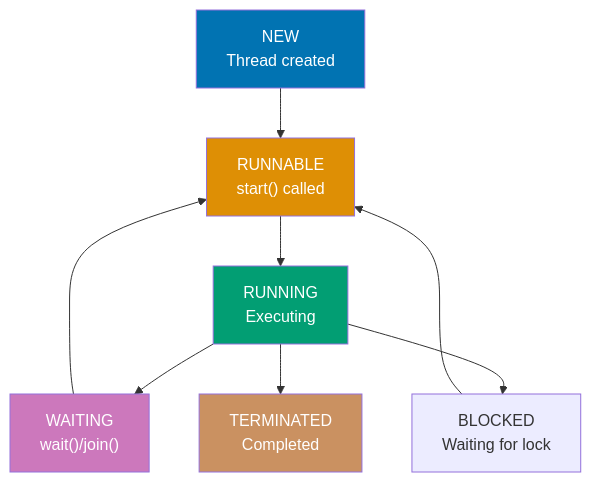
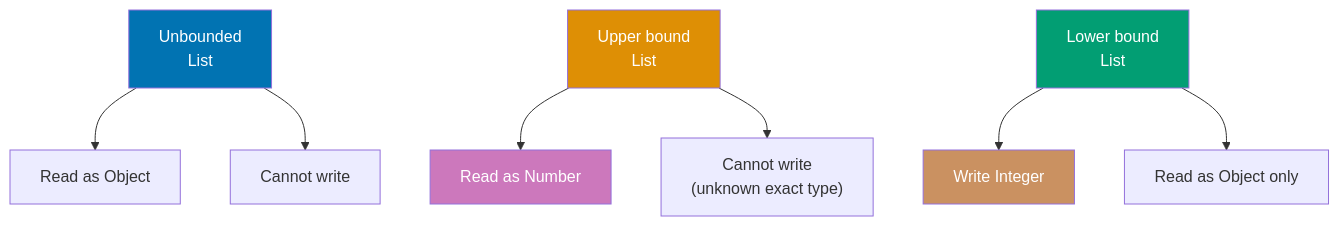
The fourth of 8 diagrams in apps/ayokoding-web/content/en/learn/software-engineering/programming-languages/java/tutorials/by-example/intermediate.md (wahidyankf/open-sharia-enterprise), drawn with Mermaid before and after one commit. The commit also changed other lines of this file and 14 other files, not shown here.

````diff
--- a/apps/ayokoding-web/content/en/learn/software-engineering/programming-languages/java/tutorials/by-example/intermediate.md
+++ b/apps/ayokoding-web/content/en/learn/software-engineering/programming-languages/java/tutorials/by-example/intermediate.md
@@ -2648,17 +584,18 @@
 ```mermaid
 %% Color Palette: Blue #0173B2, Orange #DE8F05, Teal #029E73, Purple #CC78BC, Brown #CA9161
 graph TD
-    New["NEW<br/>Thread created"] --> Runnable["RUNNABLE<br/>start() called"]
-    Runnable --> Running["RUNNING<br/>Executing"]
-    Running --> Waiting["WAITING<br/>wait()/join()"]
-    Running --> Blocked["BLOCKED<br/>Waiting for lock"]
-    Waiting --> Runnable
-    Blocked --> Runnable
-    Running --> Terminated["TERMINATED<br/>Completed"]
+    Unbounded["Unbounded<br/>List<?>"] --> ReadObj["Read as Object"]
+    Unbounded --> NoWrite["Cannot write"]
 
-    style New fill:#0173B2,color:#fff
-    style Runnable fill:#DE8F05,color:#fff
-    style Running fill:#029E73,color:#fff
-    style Waiting fill:#CC78BC,color:#fff
-    style Terminated fill:#CA9161,color:#fff
+    Upper["Upper bound<br/>List<? extends Number>"] --> ReadNum["Read as Number"]
+    Upper --> NoWriteNum["Cannot write<br/>#40;unknown exact type#41;"]
+
+    Lower["Lower bound<br/>List<? super Integer>"] --> WriteInt["Write Integer"]
+    Lower --> ReadObjLower["Read as Object only"]
+
+    style Unbounded fill:#0173B2,color:#fff
+    style Upper fill:#DE8F05,color:#fff
+    style Lower fill:#029E73,color:#fff
+    style ReadNum fill:#CC78BC,color:#fff
+    style WriteInt fill:#CA9161,color:#fff
 ```
````
